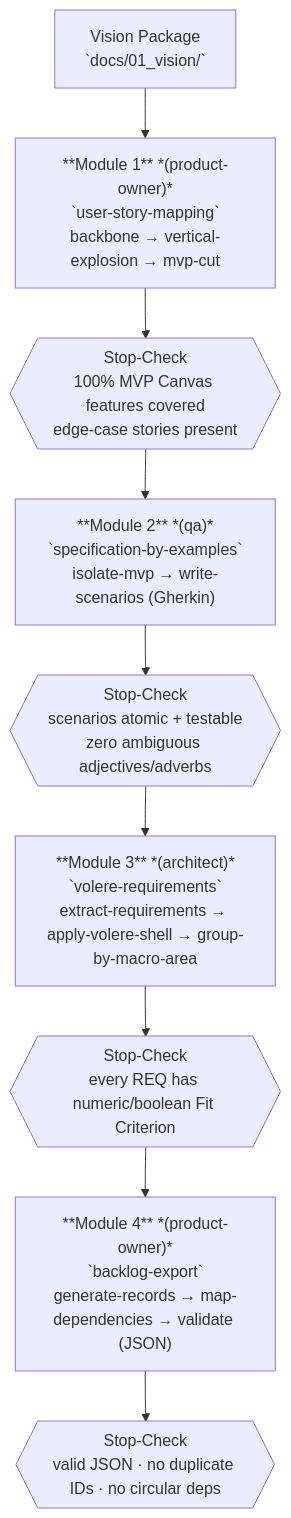
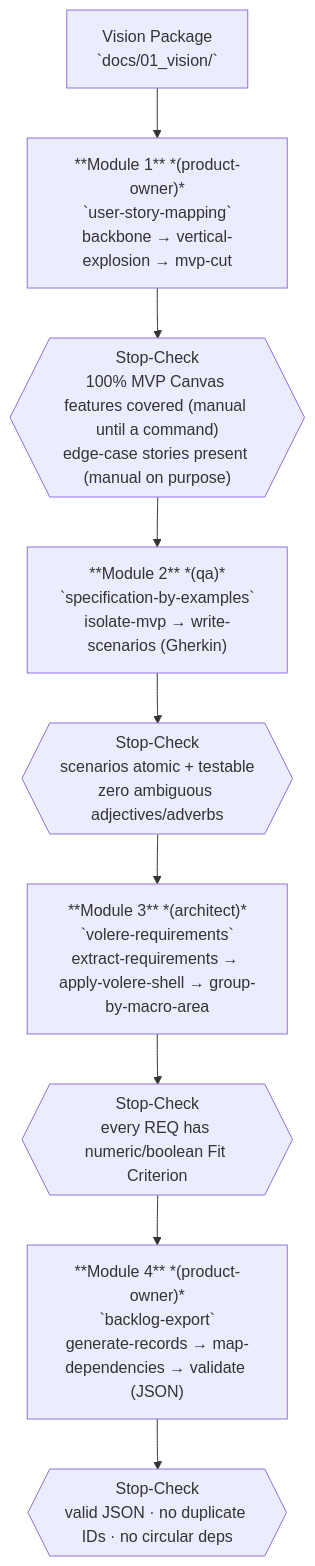
The third of 29 diagrams in .wingfoil/WORKFLOW.md (wingfoil/wingfoil), drawn with Mermaid before and after one commit. The commit also changed other lines of this file and 8 other files, not shown here.

````diff
--- a/.wingfoil/WORKFLOW.md
+++ b/.wingfoil/WORKFLOW.md
@@ -61,18 +61,18 @@
 ```mermaid
 flowchart TD
     VP["Vision Package\n`docs/01_vision/`"]
 
     M1["**Module 1** *(product-owner)*\n`user-story-mapping`\nbackbone → vertical-explosion → mvp-cut"]
-    SC1{{"Stop-Check\n100% MVP Canvas features covered\nedge-case stories present"}}
+    SC1{{"Stop-Check\n100% MVP Canvas features covered (manual until a command)\nedge-case stories present (manual on purpose)"}}
 
     M2["**Module 2** *(qa)*\n`specification-by-examples`\nisolate-mvp → write-scenarios (Gherkin)"]
     SC2{{"Stop-Check\nscenarios atomic + testable\nzero ambiguous adjectives/adverbs"}}
 
     M3["**Module 3** *(architect)*\n`volere-requirements`\nextract-requirements → apply-volere-shell → group-by-macro-area"]
     SC3{{"Stop-Check\nevery REQ has numeric/boolean Fit Criterion"}}
 
     M4["**Module 4** *(product-owner)*\n`backlog-export`\ngenerate-records → map-dependencies → validate (JSON)"]
     SC4{{"Stop-Check\nvalid JSON · no duplicate IDs · no circular deps"}}
 
     VP --> M1 --> SC1 --> M2 --> SC2 --> M3 --> SC3 --> M4 --> SC4
 ```
````
